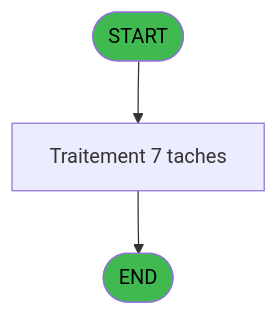
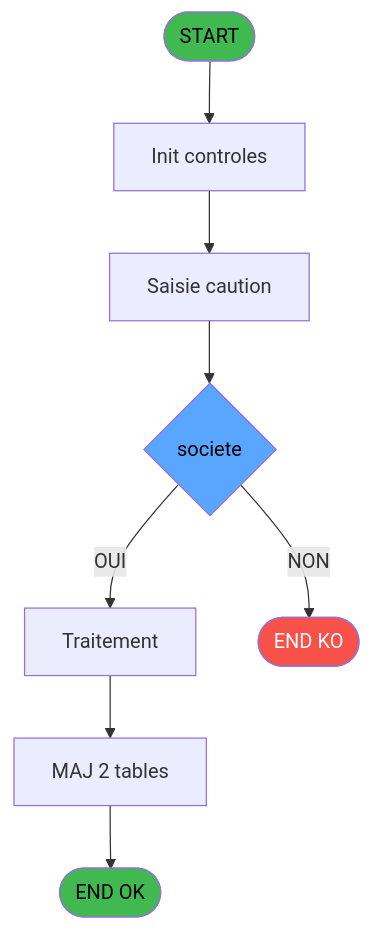
One commit to thonyAGP/lecteur-magic changed the first of 3 diagrams in .openspec/specs/ADH-IDE-165.md. Above: the diagram before and after it, drawn with Mermaid. The commit also changed other lines of this file and 493 other files, not shown here.

````diff
--- a/.openspec/specs/ADH-IDE-165.md
+++ b/.openspec/specs/ADH-IDE-165.md
@@ -398,9 +381,21 @@
 ```mermaid
 flowchart TD
     START([START])
-    PROCESS[Traitement 7 taches]
-    ENDOK([END])
-    START --> PROCESS --> ENDOK
+    INIT[Init controles]
+    SAISIE[Saisie caution]
+    DECISION{societe}
+    PROCESS[Traitement]
+    UPDATE[MAJ 2 tables]
+    ENDOK([END OK])
+    ENDKO([END KO])
+
+    START --> INIT --> SAISIE --> DECISION
+    DECISION -->|OUI| PROCESS
+    DECISION -->|NON| ENDKO
+    PROCESS --> UPDATE --> ENDOK
+
     style START fill:#3fb950,color:#000
     style ENDOK fill:#3fb950,color:#000
+    style ENDKO fill:#f85149,color:#fff
+    style DECISION fill:#58a6ff,color:#000
 ```
````
